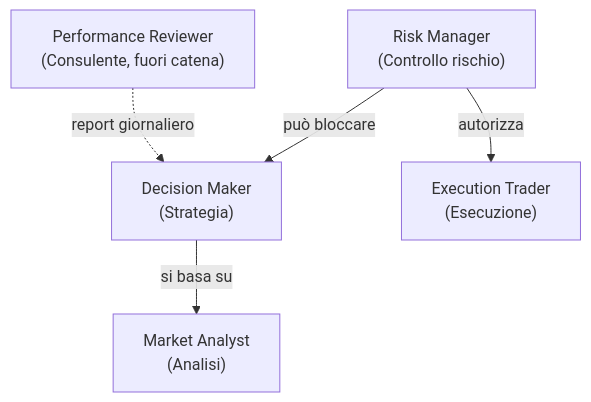
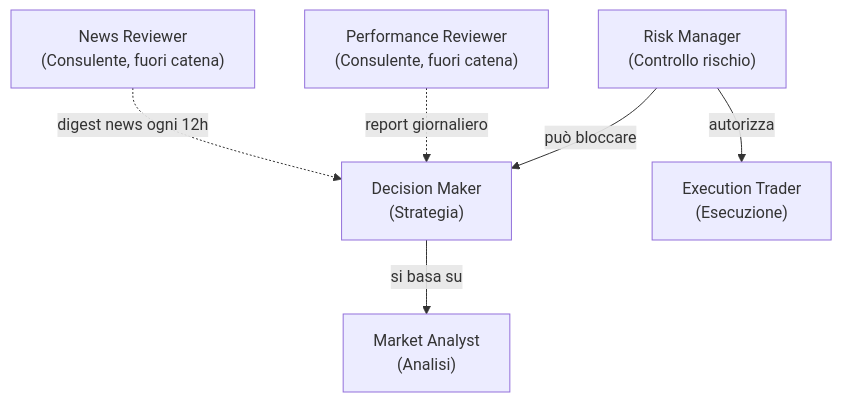
The diagram in docs/hierarchy_and_roles.md (Mardock137/mdk_crypto_trading), drawn with Mermaid before and after one commit. The commit also changed other lines of this file and 13 other files, not shown here.

````diff
--- a/docs/hierarchy_and_roles.md
+++ b/docs/hierarchy_and_roles.md
@@ -17,13 +17,15 @@
 ```mermaid
 flowchart TD
     riskManager["Risk Manager\n(Controllo rischio)"]
     decisionMaker["Decision Maker\n(Strategia)"]
     marketAnalyst["Market Analyst\n(Analisi)"]
     executionTrader["Execution Trader\n(Esecuzione)"]
     reviewer["Performance Reviewer\n(Consulente, fuori catena)"]
+    newsReviewer["News Reviewer\n(Consulente, fuori catena)"]
 
     riskManager -->|"può bloccare"| decisionMaker
     decisionMaker -->|"si basa su"| marketAnalyst
     riskManager -->|"autorizza"| executionTrader
     reviewer -.->|"report giornaliero"| decisionMaker
+    newsReviewer -.->|"digest news ogni 12h"| decisionMaker
 ```
````
